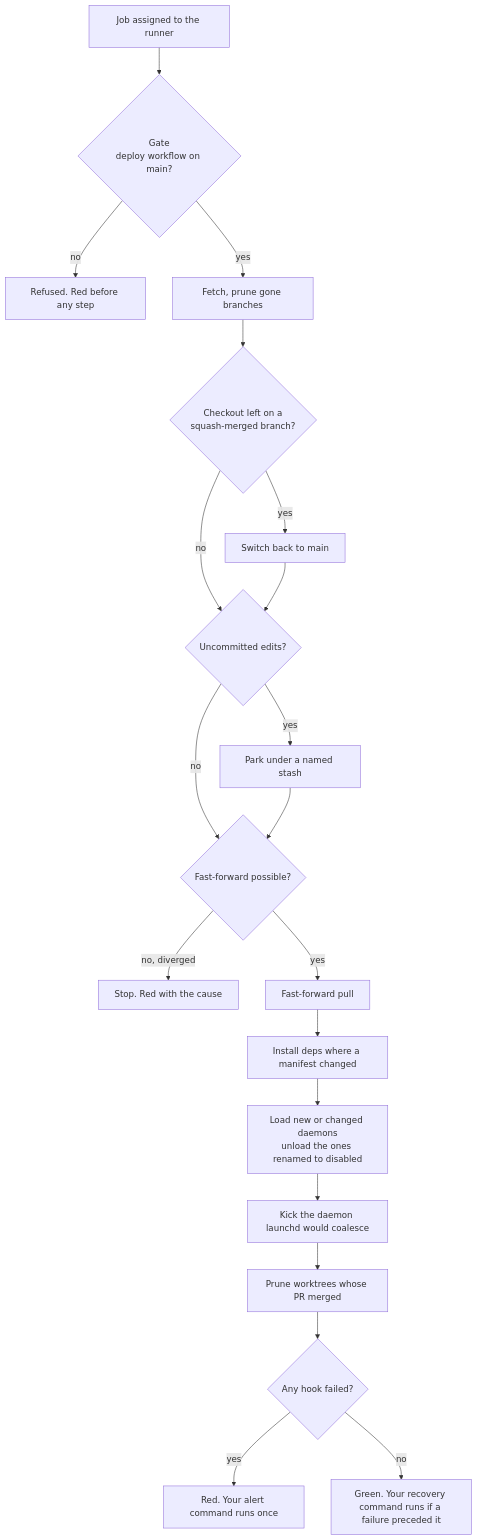
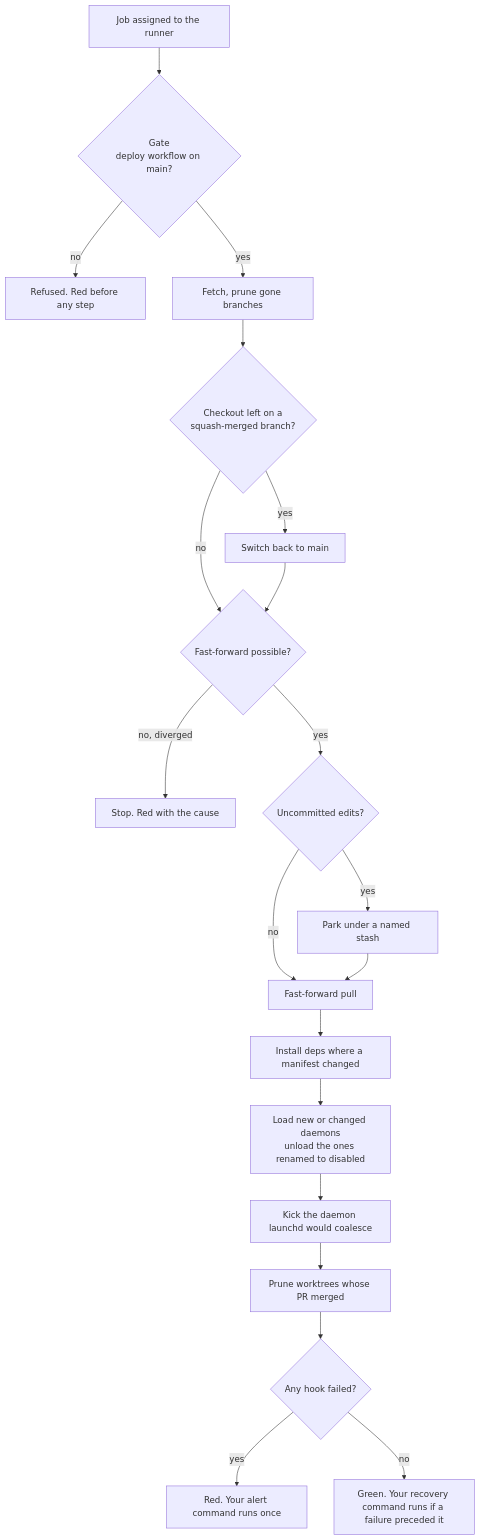
Before and after one commit to oficiallyAkshay/pierless: the second of 2 diagrams in docs/architecture.md, drawn with Mermaid. The commit also changed 10 other files, not shown here.

````diff
--- a/docs/architecture.md
+++ b/docs/architecture.md
@@ -31,22 +31,22 @@
 ```mermaid
 flowchart TD
   A[Job assigned to the runner] --> B{Gate<br/>deploy workflow on main?}
   B -- no --> B1[Refused. Red before any step]
   B -- yes --> C[Fetch, prune gone branches]
   C --> D{Checkout left on a<br/>squash-merged branch?}
   D -- yes --> D1[Switch back to main]
-  D -- no --> E
-  D1 --> E{Uncommitted edits?}
+  D -- no --> F
+  D1 --> F{Fast-forward possible?}
+  F -- no, diverged --> F1[Stop. Red with the cause]
+  F -- yes --> E{Uncommitted edits?}
   E -- yes --> E1[Park under a named stash]
-  E -- no --> F
-  E1 --> F{Fast-forward possible?}
-  F -- no, diverged --> F1[Stop. Red with the cause]
-  F -- yes --> G[Fast-forward pull]
+  E -- no --> G
+  E1 --> G[Fast-forward pull]
   G --> H[Install deps where a manifest changed]
   H --> I[Load new or changed daemons<br/>unload the ones renamed to disabled]
   I --> J[Kick the daemon launchd would coalesce]
   J --> K[Prune worktrees whose PR merged]
   K --> L{Any hook failed?}
   L -- yes --> L1[Red. Your alert command runs once]
   L -- no --> M[Green. Your recovery command runs if a failure preceded it]
 ```
````
